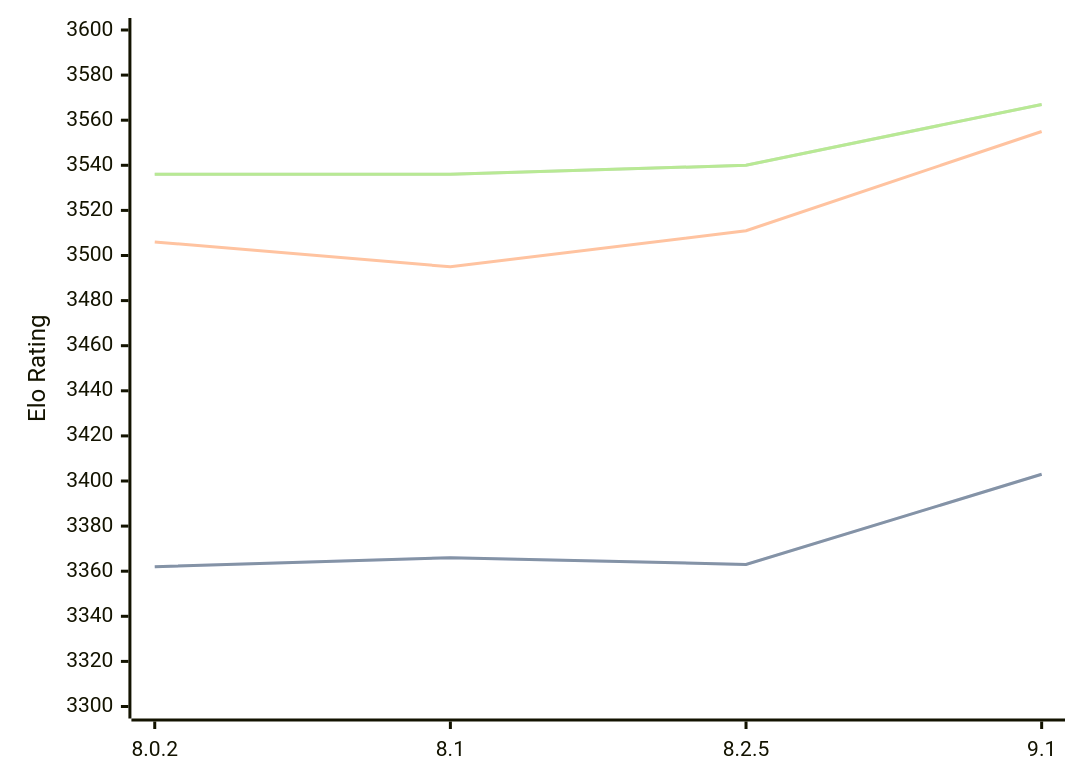
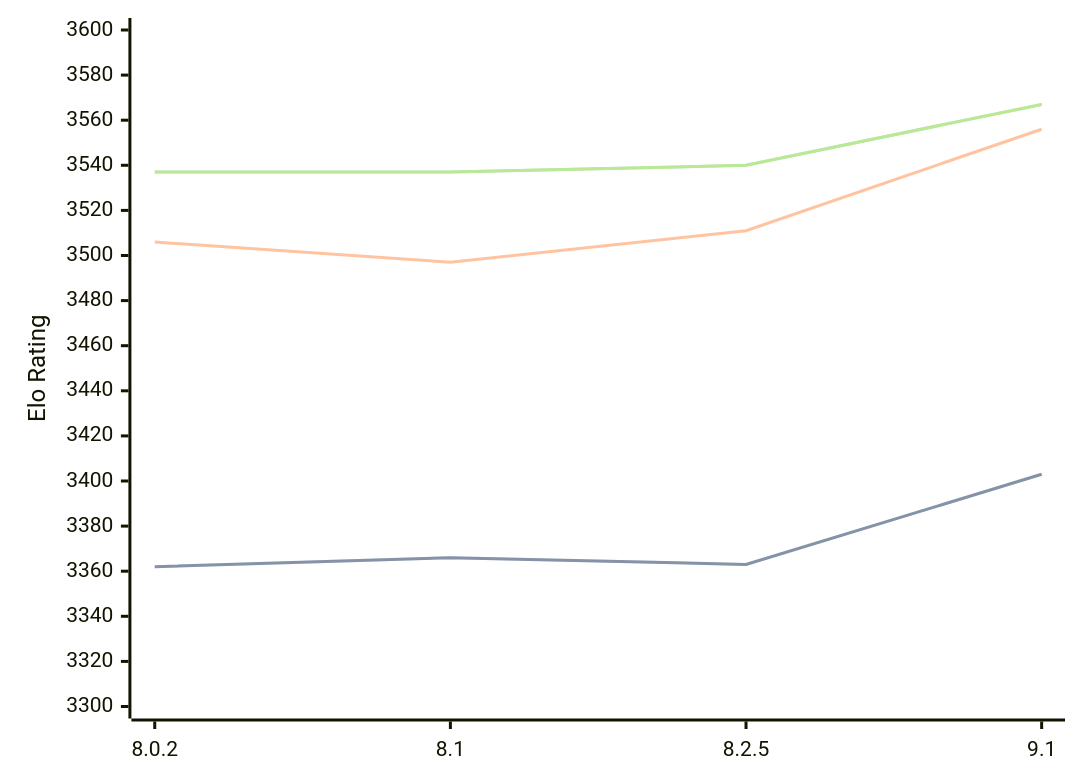
One commit to computer-chess-index/cci changed the diagram in engines/Clover.md. Above: the diagram before and after it, drawn with Mermaid. The commit also changed other lines of this file, not shown here.

Commit message:
Update CCI Ratings (ELO VLTC) - 2026-04-02

````diff
--- a/engines/Clover.md
+++ b/engines/Clover.md
@@ -64,11 +64,11 @@
 ```mermaid
 %%{init: {"theme":"base","themeVariables":{"seriesColors:['#a3a3a3','#222221','#faa371']}}}%%
 xychart-beta
   x-axis ["8.0.2", "8.1", "8.2.5", "9.1"]
   y-axis "Elo Rating" 3300 --> 3600
   line "STC (8.0+0.08s)" [3362, 3366, 3363, 3403]
   line "STC (8.0+0.08s)" [3362, 3366, 3363, 3403]
-  line "LTC (60.0+0.60s)" [3506, 3495, 3511, 3555]
-  line "VLTC (2m24s+1.12s)" [3536, 3536, 3540, 3567]
-  line "VLTC (2m24s+1.12s)" [3536, 3536, 3540, 3567]
+  line "LTC (60.0+0.60s)" [3506, 3497, 3511, 3556]
+  line "VLTC (2m24s+1.12s)" [3537, 3537, 3540, 3567]
+  line "VLTC (2m24s+1.12s)" [3537, 3537, 3540, 3567]
 ```
````
